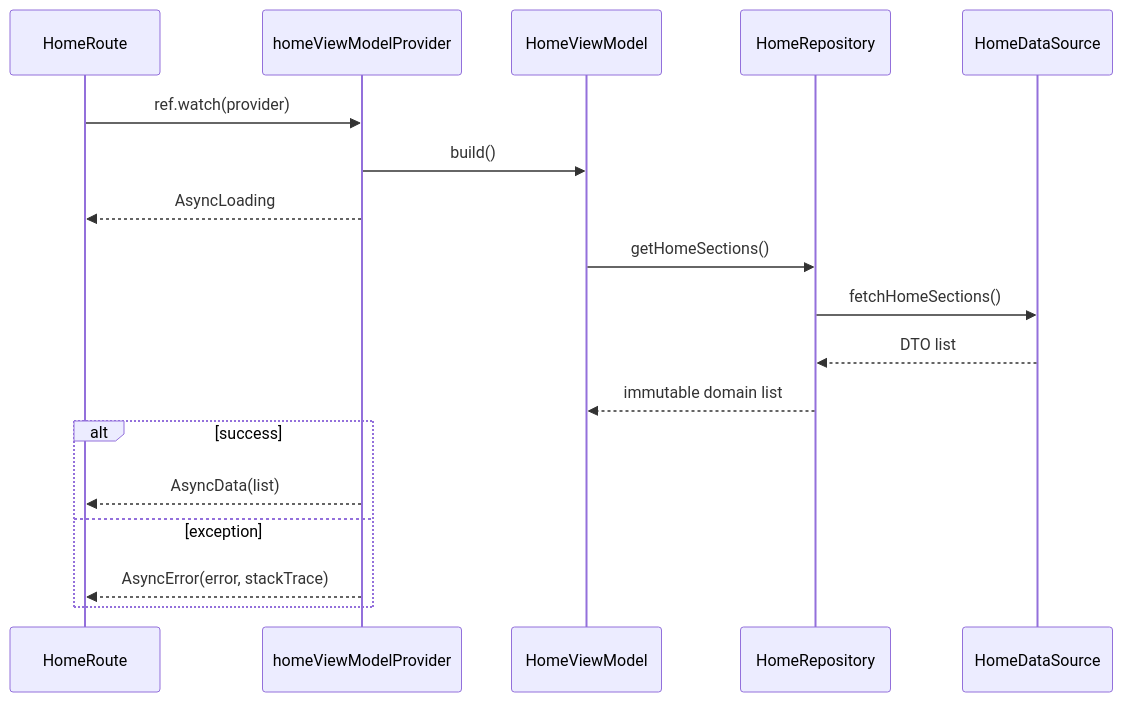
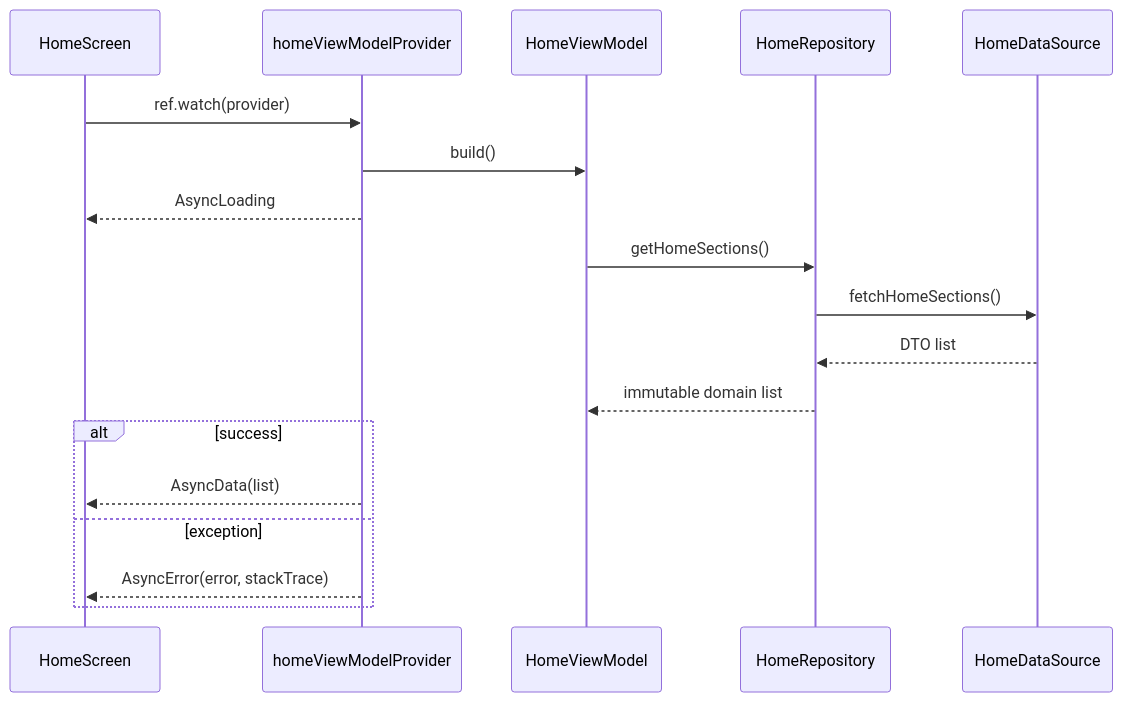
The second of 2 diagrams in doc_architechture/riverpod_clean_architecture.md (congnguyen1124/flutter-steam-tv), drawn with Mermaid before and after one commit. The commit also changed 91 other files, not shown here.

````diff
--- a/doc_architechture/riverpod_clean_architecture.md
+++ b/doc_architechture/riverpod_clean_architecture.md
@@ -96,21 +96,21 @@
 ```mermaid
 sequenceDiagram
-    participant V as HomeRoute
+    participant V as HomeScreen
     participant P as homeViewModelProvider
     participant VM as HomeViewModel
     participant R as HomeRepository
     participant D as HomeDataSource
 
     V->>P: ref.watch(provider)
     P->>VM: build()
     P-->>V: AsyncLoading
     VM->>R: getHomeSections()
     R->>D: fetchHomeSections()
     D-->>R: DTO list
     R-->>VM: immutable domain list
     alt success
         P-->>V: AsyncData(list)
     else exception
         P-->>V: AsyncError(error, stackTrace)
     end
 ```
````
